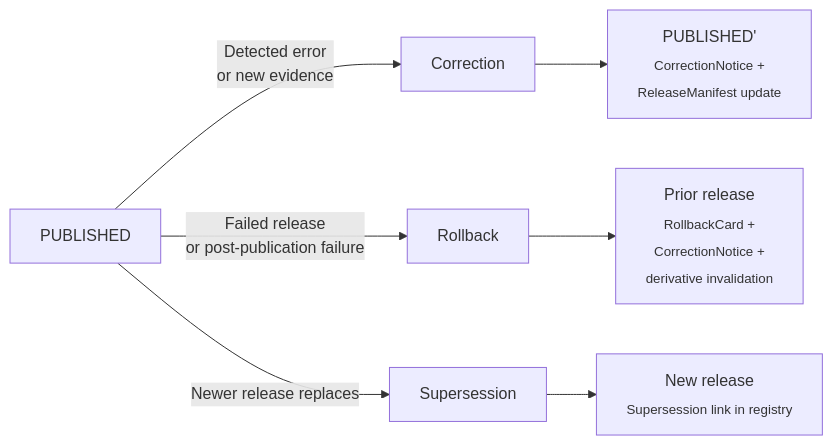
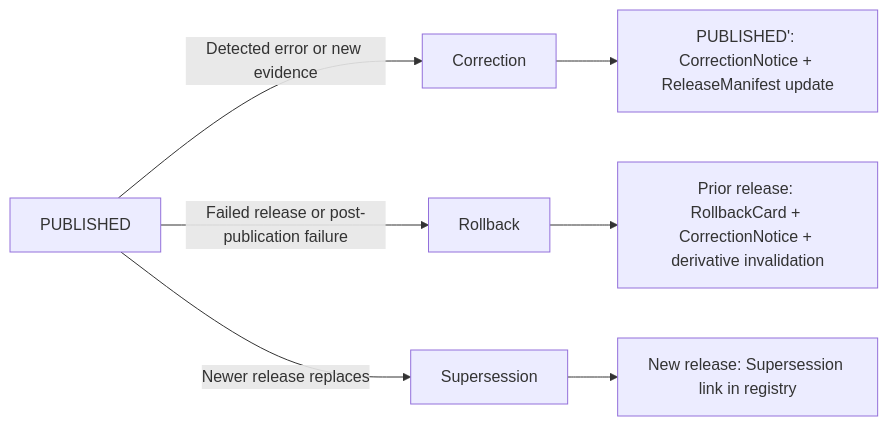
Before and after one commit to bartytime4life/Kansas-Frontier-Matrix: the second of 3 diagrams in docs/domains/people-dna-land/RELEASE_INDEX.md, drawn with Mermaid. The commit also changed other lines of this file, not shown here.

````diff
--- a/docs/domains/people-dna-land/RELEASE_INDEX.md
+++ b/docs/domains/people-dna-land/RELEASE_INDEX.md
@@ -276,10 +295,10 @@
 ```mermaid
 flowchart LR
-  PUB["PUBLISHED"] -->|"Detected error<br/>or new evidence"| CN["Correction"]
-  PUB -->|"Failed release<br/>or post-publication failure"| RB["Rollback"]
+  PUB["PUBLISHED"] -->|"Detected error or new evidence"| CN["Correction"]
+  PUB -->|"Failed release or post-publication failure"| RB["Rollback"]
   PUB -->|"Newer release replaces"| SUP["Supersession"]
 
-  CN --> PUBp["PUBLISHED'<br/><sub>CorrectionNotice +<br/>ReleaseManifest update</sub>"]
-  RB --> PRIOR["Prior release<br/><sub>RollbackCard +<br/>CorrectionNotice +<br/>derivative invalidation</sub>"]
-  SUP --> NEW["New release<br/><sub>Supersession link in registry</sub>"]
+  CN --> PUBp["PUBLISHED': CorrectionNotice + ReleaseManifest update"]
+  RB --> PRIOR["Prior release: RollbackCard + CorrectionNotice + derivative invalidation"]
+  SUP --> NEW["New release: Supersession link in registry"]
 ```
````
